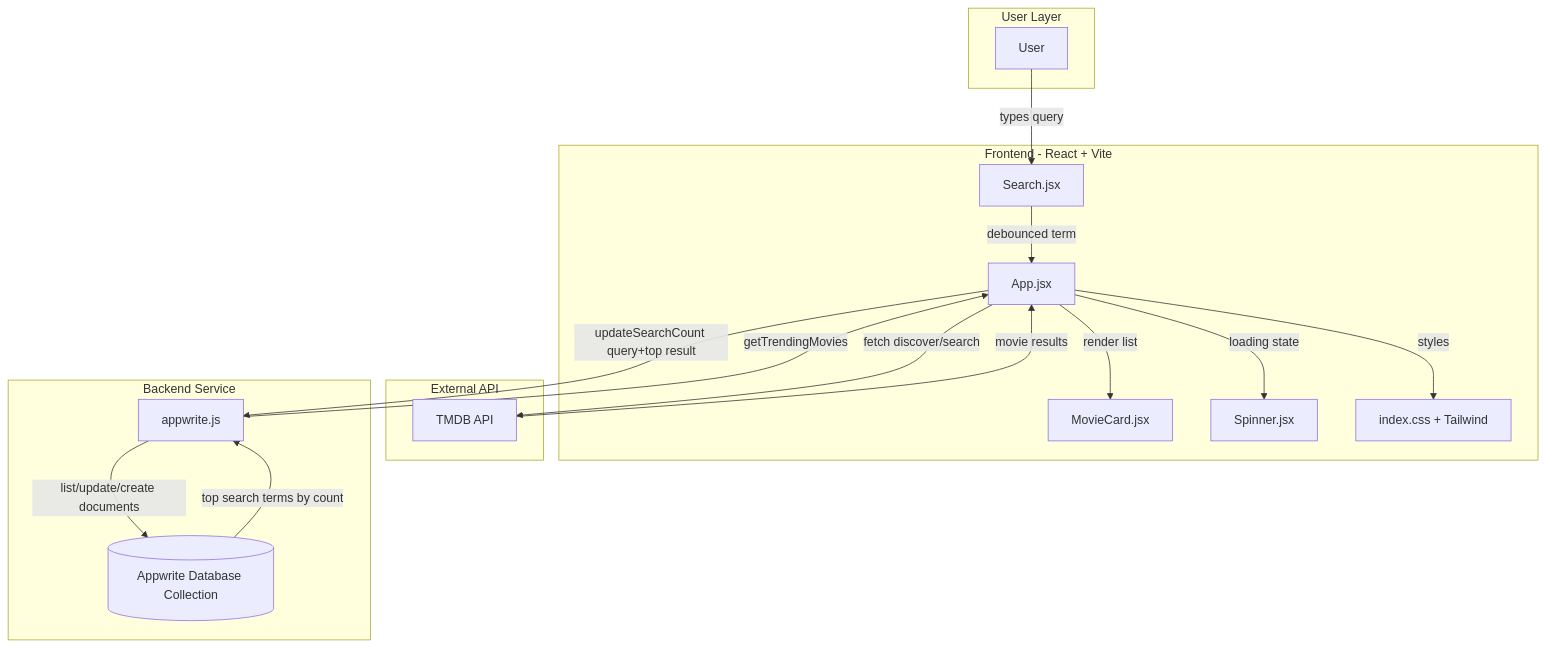
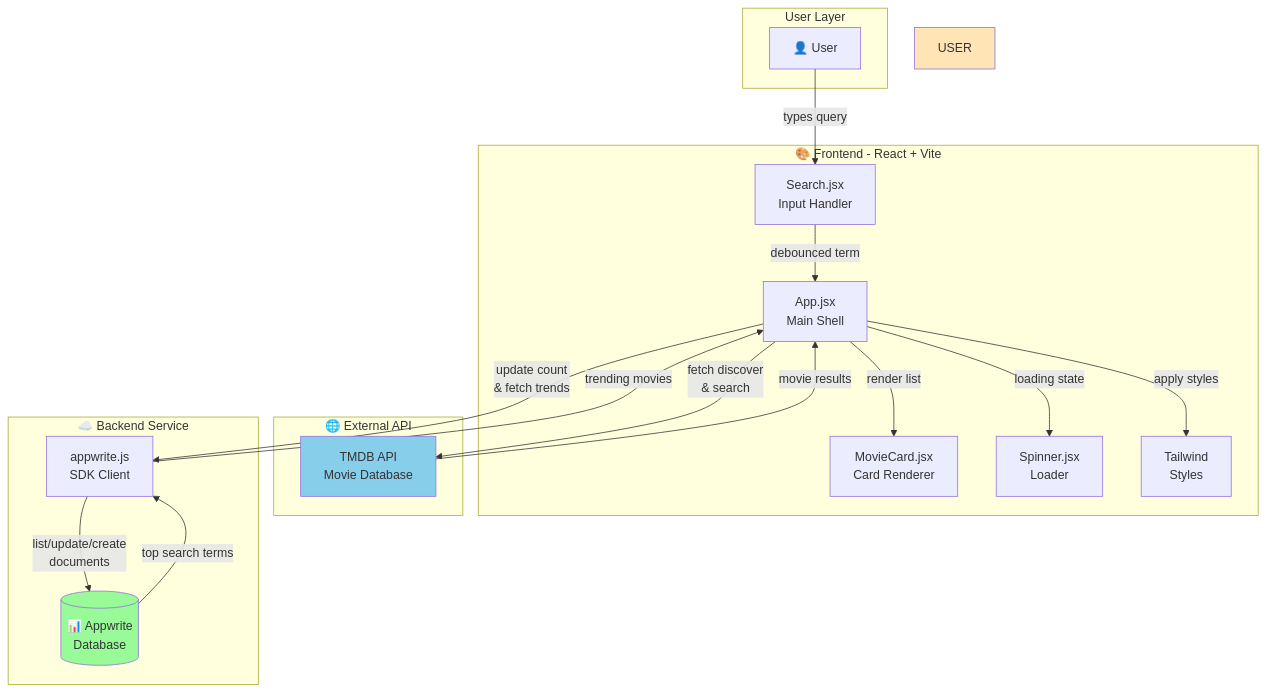
One commit to BilliPaul0005/MovieApp changed the diagram in README.md. Above: the diagram before and after it, drawn with Mermaid. The commit also changed other lines of this file, not shown here.

````diff
--- a/README.md
+++ b/README.md
@@ -62,36 +87,40 @@
 ```mermaid
 flowchart TD
   subgraph UserLayer[User Layer]
-    U[User]
+    U["👤 User"]
   end
 
-  subgraph FrontendLayer[Frontend - React + Vite]
-    APP[App.jsx]
-    SEARCH[Search.jsx]
-    CARD[MovieCard.jsx]
-    SPINNER[Spinner.jsx]
-    CSS[index.css + Tailwind]
+  subgraph FrontendLayer["🎨 Frontend - React + Vite"]
+    APP["App.jsx<br/>Main Shell"]
+    SEARCH["Search.jsx<br/>Input Handler"]
+    CARD["MovieCard.jsx<br/>Card Renderer"]
+    SPINNER["Spinner.jsx<br/>Loader"]
+    CSS["Tailwind<br/>Styles"]
   end
 
-  subgraph ExternalLayer[External API]
-    TMDB[TMDB API]
+  subgraph ExternalLayer["🌐 External API"]
+    TMDB["TMDB API<br/>Movie Database"]
   end
 
-  subgraph BackendLayer[Backend Service]
-    AWSDK[appwrite.js]
-    AWDB[(Appwrite Database Collection)]
+  subgraph BackendLayer["☁️ Backend Service"]
+    AWSDK["appwrite.js<br/>SDK Client"]
+    AWDB[("📊 Appwrite<br/>Database")]
   end
 
-  U -->|types query| SEARCH
-  SEARCH -->|debounced term| APP
-  APP -->|fetch discover/search| TMDB
-  TMDB -->|movie results| APP
-  APP -->|render list| CARD
-  APP -->|loading state| SPINNER
-  APP -->|styles| CSS
+  U -->|"types query"| SEARCH
+  SEARCH -->|"debounced term"| APP
+  APP -->|"fetch discover<br/>& search"| TMDB
+  TMDB -->|"movie results"| APP
+  APP -->|"render list"| CARD
+  APP -->|"loading state"| SPINNER
+  APP -->|"apply styles"| CSS
 
-  APP -->|updateSearchCount query+top result| AWSDK
-  AWSDK -->|list/update/create documents| AWDB
-  AWDB -->|top search terms by count| AWSDK
-  AWSDK -->|getTrendingMovies| APP
+  APP -->|"update count<br/>& fetch trends"| AWSDK
+  AWSDK -->|"list/update/create<br/>documents"| AWDB
+  AWDB -->|"top search terms"| AWSDK
+  AWSDK -->|"trending movies"| APP
+
+  style USER fill:#FFE4B5
+  style TMDB fill:#87CEEB
+  style AWDB fill:#98FB98
 ```
````
